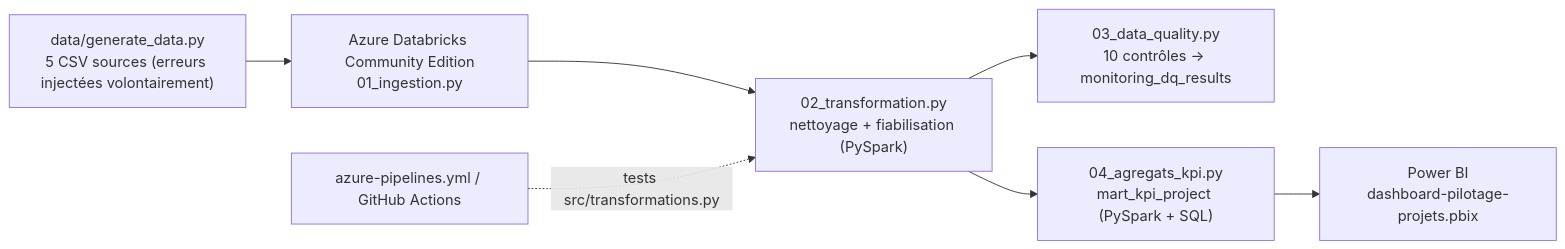
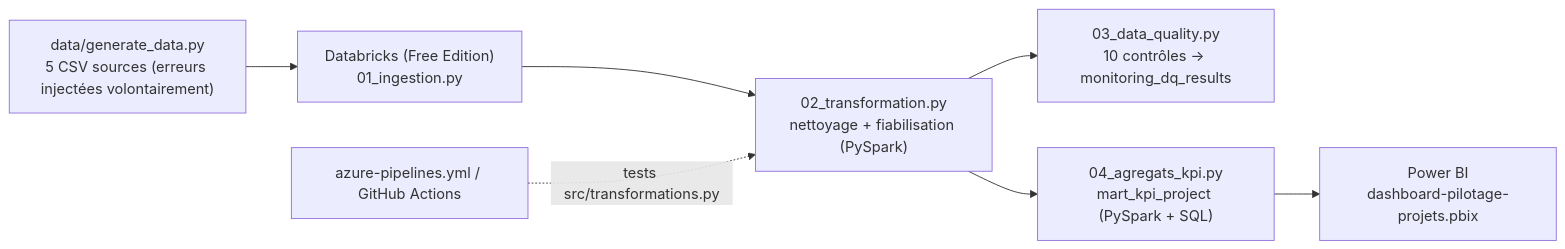
The diagram in README.md (valentinratigniet-byte/projet-20-pilotage-projets-databricks), drawn with Mermaid before and after one commit. The commit also changed other lines of this file and 7 other files, not shown here.

First line of the commit message:
Preuve d'exécution Databricks Free Edition : 4 captures + docs à jour

````diff
--- a/README.md
+++ b/README.md
@@ -32,9 +50,9 @@
 ```mermaid
 flowchart LR
-    A["data/generate_data.py\n5 CSV sources (erreurs injectées volontairement)"] --> B["Azure Databricks Community Edition\n01_ingestion.py"]
+    A["data/generate_data.py\n5 CSV sources (erreurs injectées volontairement)"] --> B["Databricks (Free Edition)\n01_ingestion.py"]
     B --> C["02_transformation.py\nnettoyage + fiabilisation (PySpark)"]
     C --> D["03_data_quality.py\n10 contrôles -> monitoring_dq_results"]
     C --> E["04_agregats_kpi.py\nmart_kpi_project (PySpark + SQL)"]
     E --> F["Power BI\ndashboard-pilotage-projets.pbix"]
     G["azure-pipelines.yml / GitHub Actions"] -.->|tests src/transformations.py| C
 ```
````
